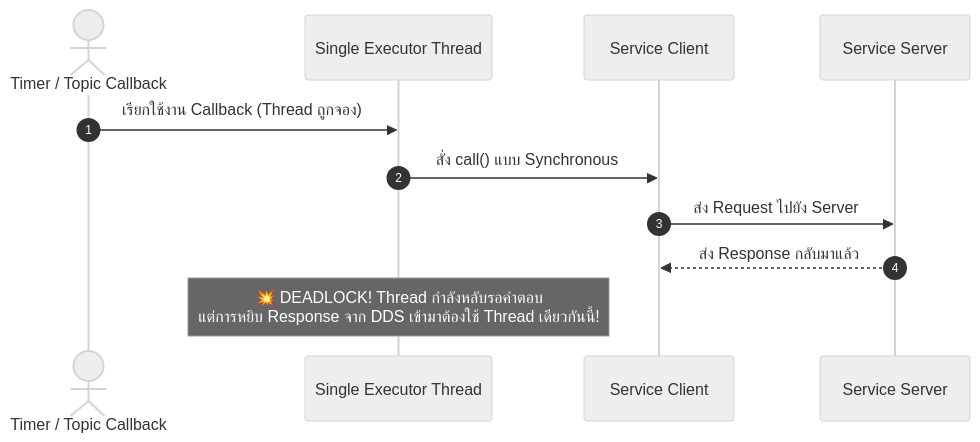
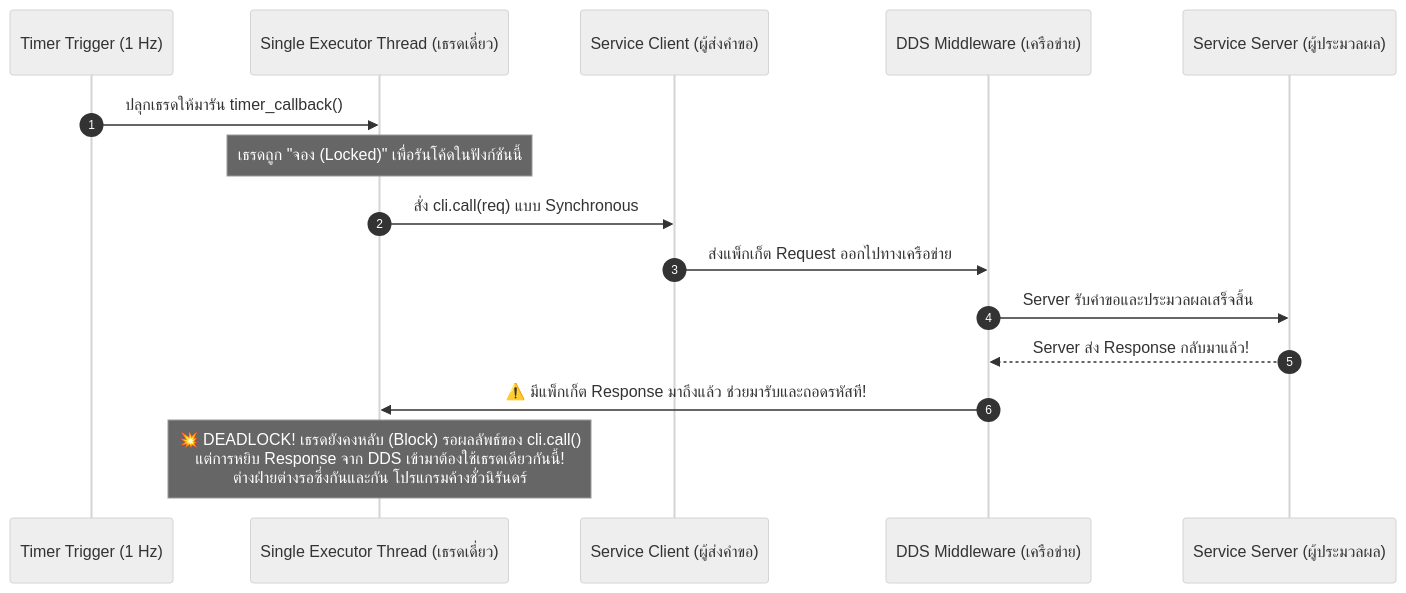
Before and after one commit to alfaXphoori/ros2: the second of 3 diagrams in Essential_ROS/Week_03_Services_Clients/Readme.md, drawn with Mermaid (neutral theme). The commit also changed other lines of this file and 15 other files, not shown here.

````diff
--- a/Essential_ROS/Week_03_Services_Clients/Readme.md
+++ b/Essential_ROS/Week_03_Services_Clients/Readme.md
@@ -65,14 +95,19 @@
 ```mermaid
 sequenceDiagram
     autonumber
-    actor System as Timer / Topic Callback
-    participant Thread as Single Executor Thread
-    participant Client as Service Client
-    participant Server as Service Server
+    participant Timer as Timer Trigger (1 Hz)
+    participant Thread as Single Executor Thread (เธรดเดี่ยว)
+    participant Client as Service Client (ผู้ส่งคำขอ)
+    participant DDSNet as DDS Middleware (เครือข่าย)
+    participant Server as Service Server (ผู้ประมวลผล)
 
-    System->>Thread: เรียกใช้งาน Callback (Thread ถูกจอง)
-    Thread->>Client: สั่ง call() แบบ Synchronous
-    Client->>Server: ส่ง Request ไปยัง Server
-    Server-->>Client: ส่ง Response กลับมาแล้ว
-    Note over Thread: 💥 DEADLOCK! Thread กำลังหลับรอคำตอบ<br/>แต่การหยิบ Response จาก DDS เข้ามาต้องใช้ Thread เดียวกันนี้!
+    Timer->>Thread: ปลุกเธรดให้มารัน timer_callback()
+    Note over Thread: เธรดถูก "จอง (Locked)" เพื่อรันโค้ดในฟังก์ชันนี้
+    Thread->>Client: สั่ง cli.call(req) แบบ Synchronous
+    Client->>DDSNet: ส่งแพ็กเก็ต Request ออกไปทางเครือข่าย
+    DDSNet->>Server: Server รับคำขอและประมวลผลเสร็จสิ้น
+    Server-->>DDSNet: Server ส่ง Response กลับมาแล้ว!
+    DDSNet->>Thread: ⚠️ มีแพ็กเก็ต Response มาถึงแล้ว ช่วยมารับและถอดรหัสที!
+    
+    Note over Thread: 💥 DEADLOCK! เธรดยังคงหลับ (Block) รอผลลัพธ์ของ cli.call()<br/>แต่การหยิบ Response จาก DDS เข้ามาต้องใช้เธรดเดียวกันนี้!<br/>ต่างฝ่ายต่างรอซึ่งกันและกัน โปรแกรมค้างชั่วนิรันดร์
 ```
````
